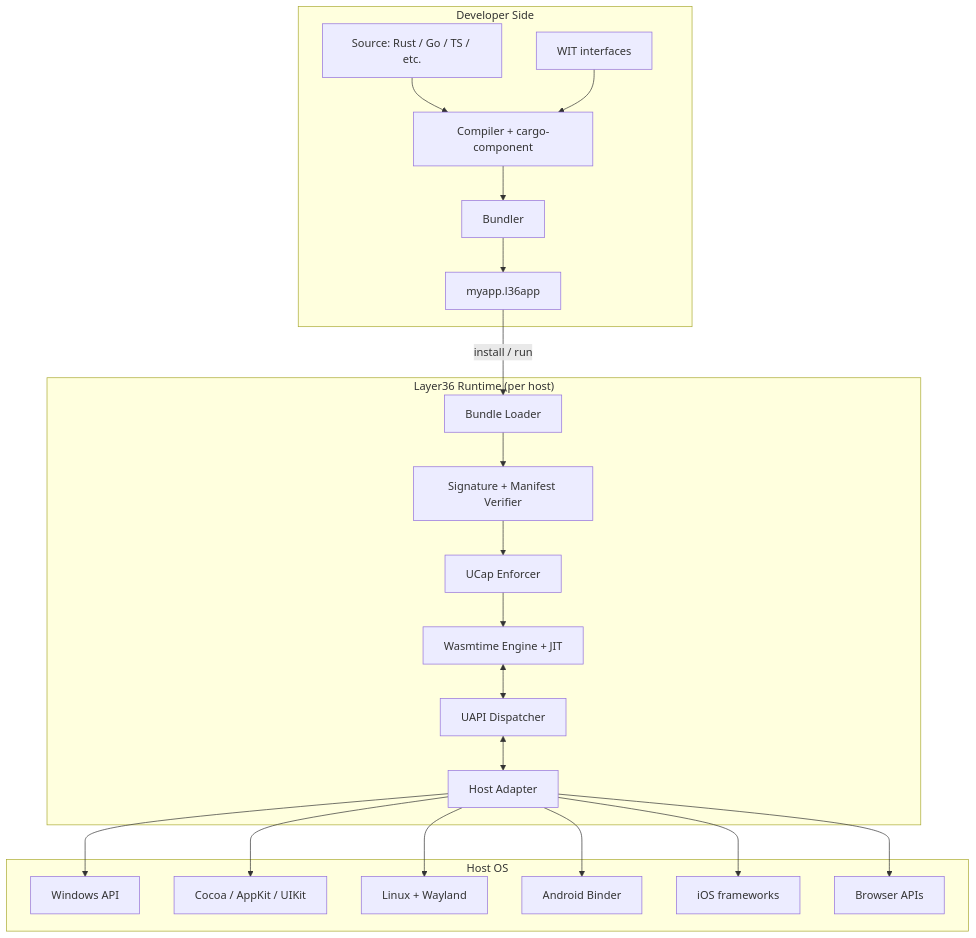
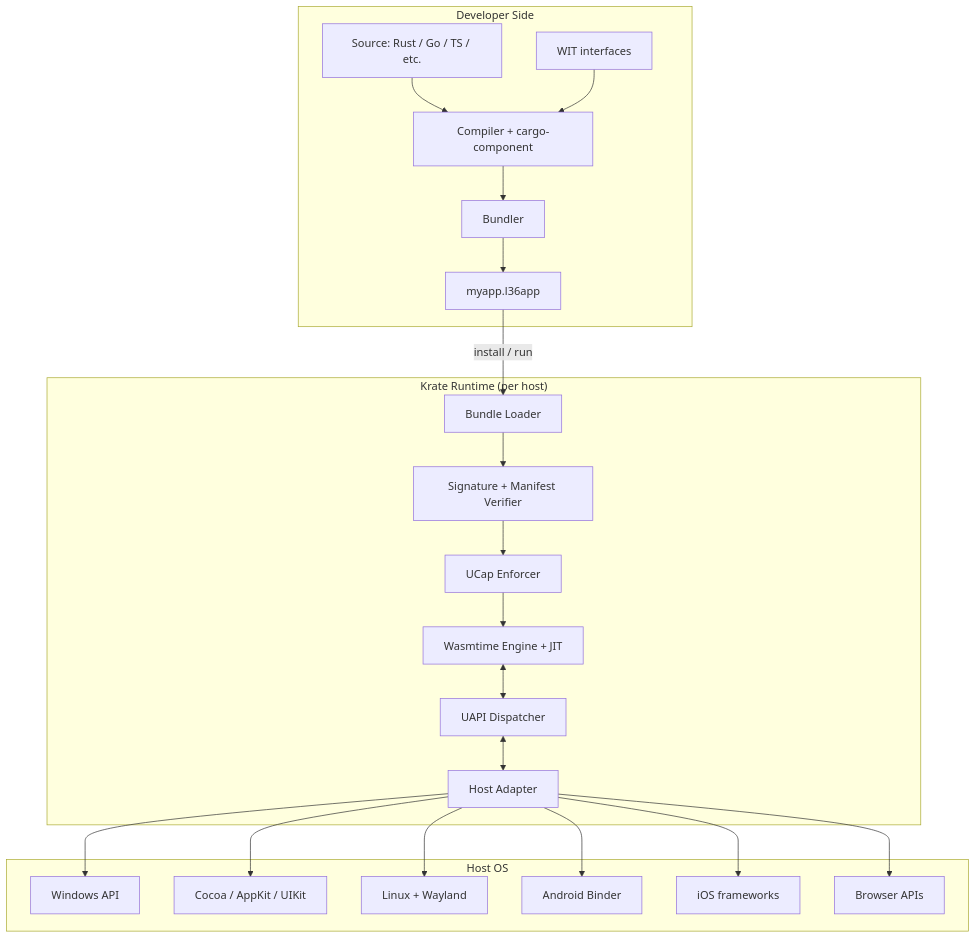
Before and after one commit to incyashraj/krate: the second of 10 diagrams in Plan/Build-Plan.md, drawn with Mermaid. The commit also changed other lines of this file and 342 other files, not shown here.

First line of the commit message:
feat!: rename Layer36 to Krate across the entire system (A9 Phase B)

````diff
--- a/Plan/Build-Plan.md
+++ b/Plan/Build-Plan.md
@@ -244,42 +244,42 @@
 ```mermaid
 flowchart TB
     subgraph Dev["Developer Side"]
         SRC[Source: Rust / Go / TS / etc.]
         COMP[Compiler + cargo-component]
         WIT[WIT interfaces]
         BUNDLE[Bundler]
         SRC --> COMP
         WIT --> COMP
         COMP --> BUNDLE
         BUNDLE --> APP[myapp.l36app]
     end
 
-    subgraph Runtime["Layer36 Runtime (per host)"]
+    subgraph Runtime["Krate Runtime (per host)"]
         LOADER[Bundle Loader]
         VERIFY[Signature + Manifest Verifier]
         PERM[UCap Enforcer]
         ENGINE[Wasmtime Engine + JIT]
         UAPI_DISP[UAPI Dispatcher]
         ADAPTER[Host Adapter]
         LOADER --> VERIFY --> PERM --> ENGINE
         ENGINE <--> UAPI_DISP
         UAPI_DISP <--> ADAPTER
     end
 
     subgraph Host["Host OS"]
         WIN[Windows API]
         MAC[Cocoa / AppKit / UIKit]
         LIN[Linux + Wayland]
         AND[Android Binder]
         IOS[iOS frameworks]
         WEB[Browser APIs]
     end
 
     APP -->|install / run| LOADER
     ADAPTER --> WIN
     ADAPTER --> MAC
     ADAPTER --> LIN
     ADAPTER --> AND
     ADAPTER --> IOS
     ADAPTER --> WEB
 ```
````
